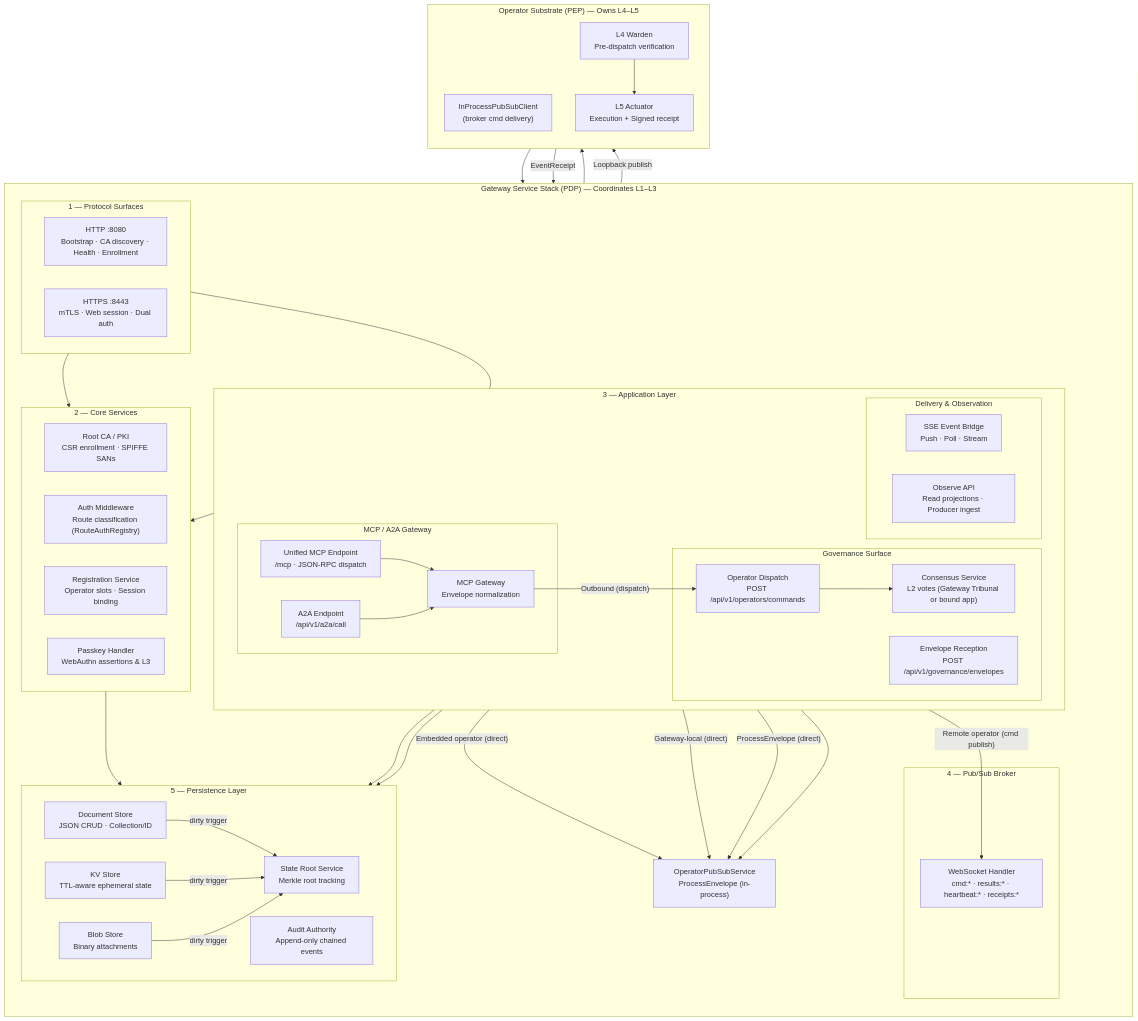
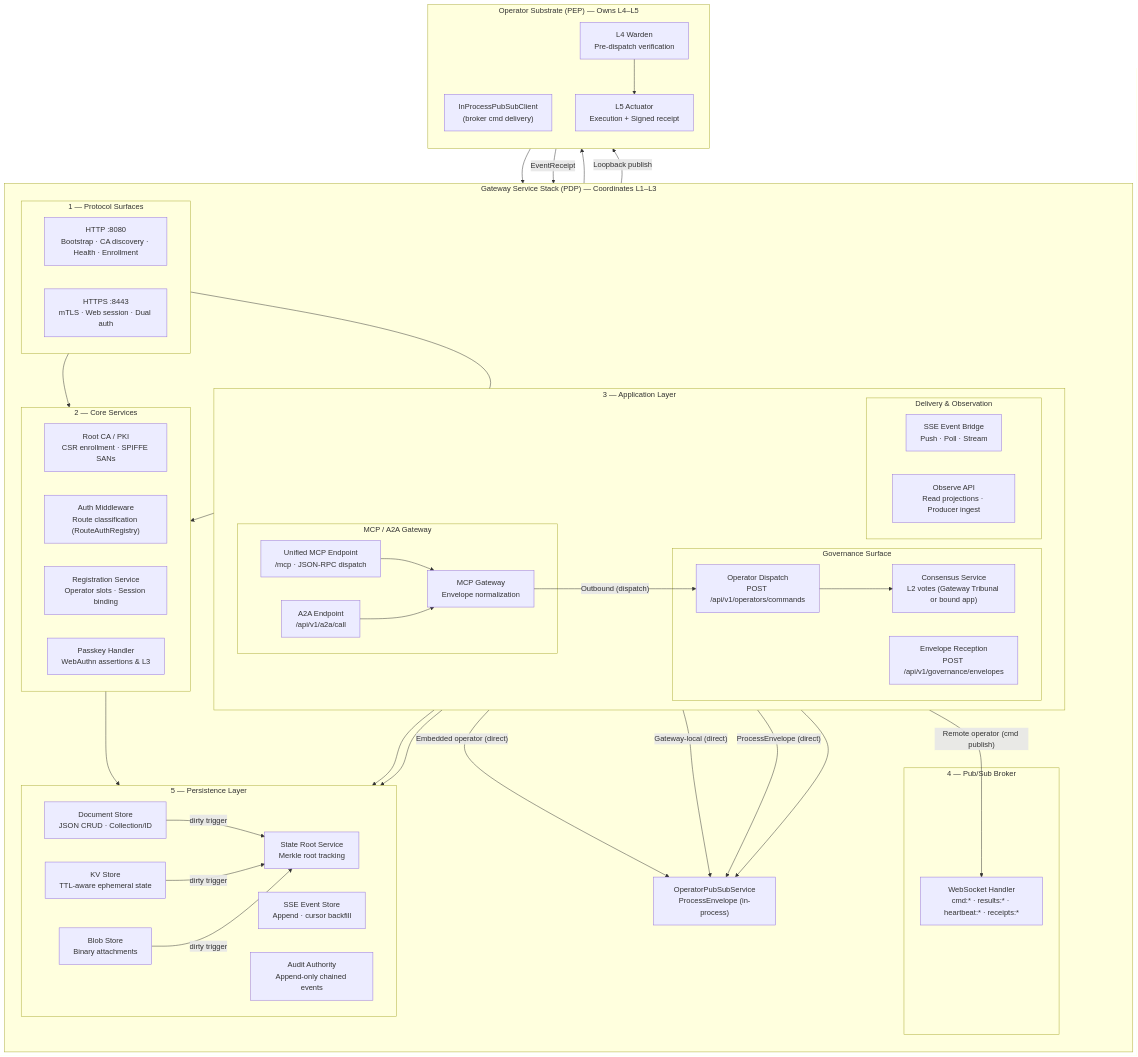
The diagram in docs/diagrams/graph-gateway-services.md (zerotrustdata/ztd), drawn with Mermaid before and after one commit. The commit also changed other lines of this file and 216 other files, not shown here.

```diff
--- a/docs/diagrams/graph-gateway-services.md
+++ b/docs/diagrams/graph-gateway-services.md
@@ -69,6 +69,7 @@
             DocStore["Document Store<br/>JSON CRUD · Collection/ID"]
             KVStore["KV Store<br/>TTL-aware ephemeral state"]
             BlobStore["Blob Store<br/>Binary attachments"]
+            SSEStore["SSE Event Store<br/>Append · cursor backfill"]
             AuditDB["Audit Authority<br/>Append-only chained events"]
             StateRoot["State Root Service<br/>Merkle root tracking"]
         end
@@ -83,7 +84,7 @@
         A2A --> MCPGW
 
         Dispatch -- "Remote operator (cmd publish)" --> WSSHandler
-        SSE --> DocStore
+        SSE --> SSEStore
         Observe --> DocStore
 
         DocStore -- "dirty trigger" --> StateRoot
```
